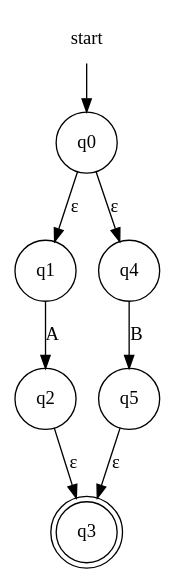
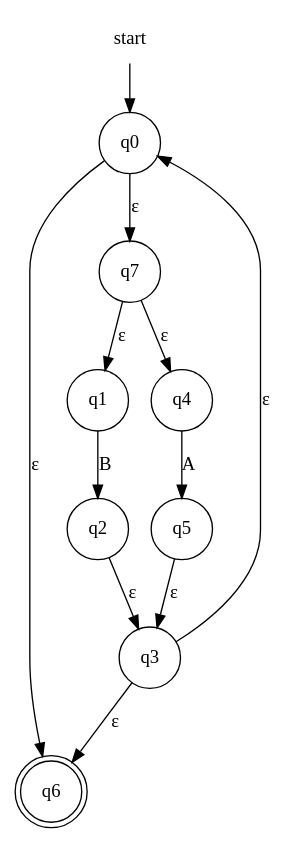
The diagram in fase1/RE-eNFA/regex_3.dot (evertheylen/TA_TO), drawn with Graphviz before and after one commit. The commit also changed 22 other files, not shown here.

Commit message:
Regex naar eNFA is nu product quality code, met comments, er is wel 1 conventie voor de input regex nl ==> concateneren moet gebeuren aan de hand van een . git add -A

```diff
--- a/fase1/RE-eNFA/regex_3.dot
+++ b/fase1/RE-eNFA/regex_3.dot
@@ -1,12 +1,16 @@
 digraph automaton {
     node [shape=none]; start;
-    node [shape=doublecircle]; "q3";
+    node [shape=doublecircle]; "q6";
     node [shape=circle];
     start -> "q0";
-    "q0" -> "q1" [label="&epsilon;"];
-    "q0" -> "q4" [label="&epsilon;"];
-    "q1" -> "q2" [label="A"];
+    "q0" -> "q6" [label="&epsilon;"];
+    "q0" -> "q7" [label="&epsilon;"];
+    "q1" -> "q2" [label="B"];
     "q2" -> "q3" [label="&epsilon;"];
-    "q4" -> "q5" [label="B"];
+    "q3" -> "q0" [label="&epsilon;"];
+    "q3" -> "q6" [label="&epsilon;"];
+    "q4" -> "q5" [label="A"];
     "q5" -> "q3" [label="&epsilon;"];
+    "q7" -> "q1" [label="&epsilon;"];
+    "q7" -> "q4" [label="&epsilon;"];
 }
```
